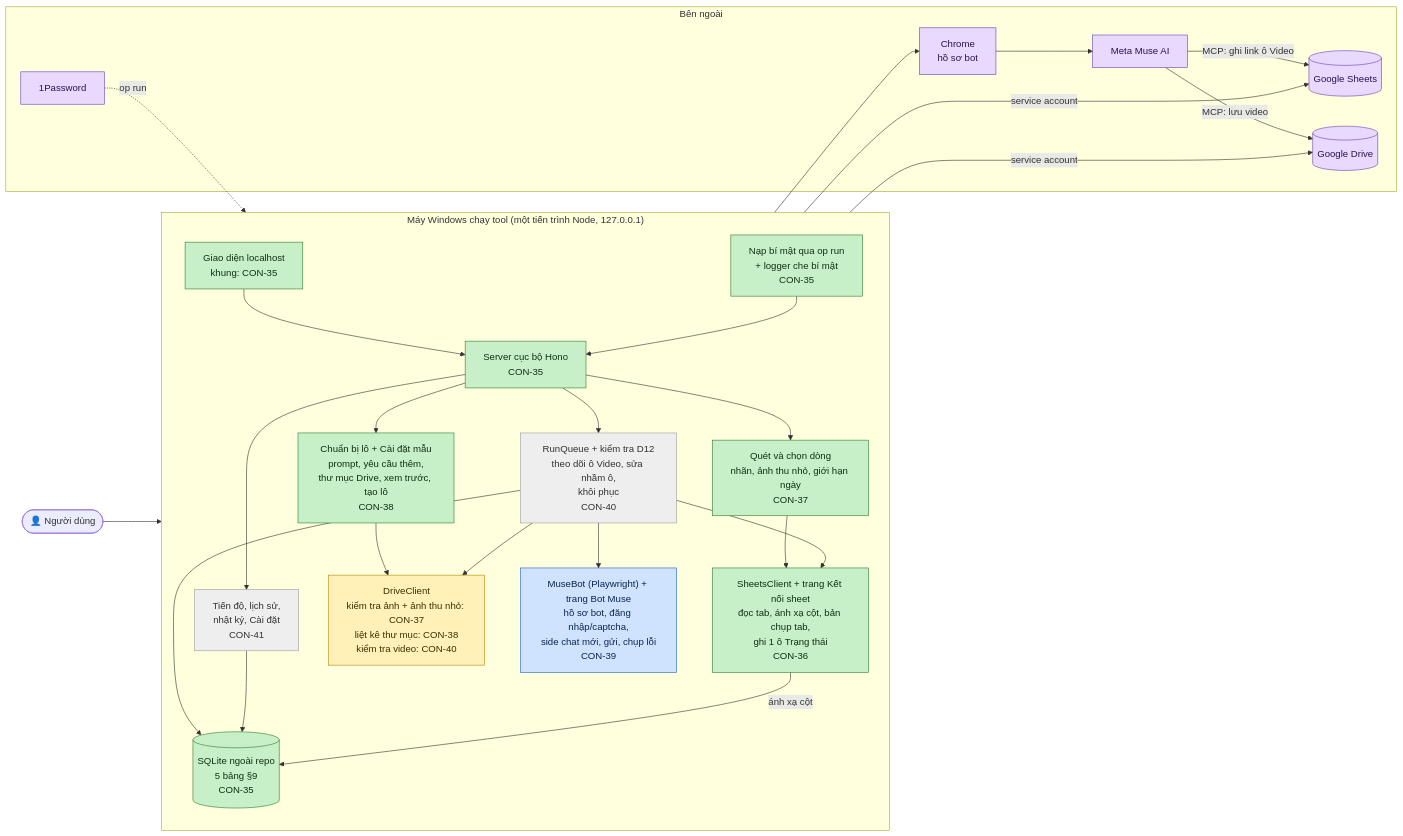
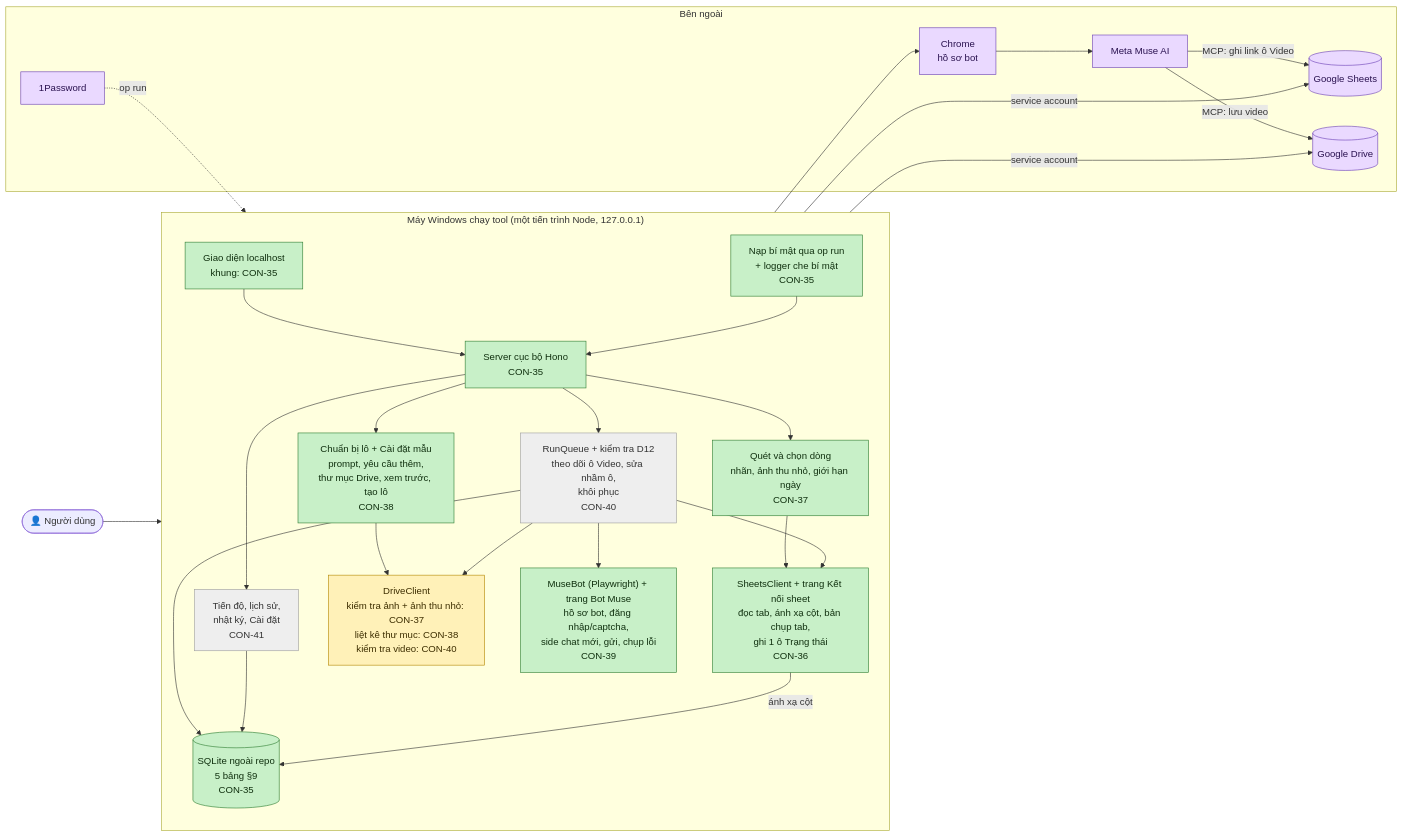
Before and after one commit to Bach1711/MASYS-VIDEO-GENERATOR: the diagram in TIEN-DO.md, drawn with Mermaid. The commit also changed other lines of this file and 1 other file, not shown here.

````diff
--- a/TIEN-DO.md
+++ b/TIEN-DO.md
@@ -17,56 +17,56 @@
 ```mermaid
 flowchart LR
     user(["👤 Người dùng"])
 
     subgraph PC["Máy Windows chạy tool (một tiến trình Node, 127.0.0.1)"]
         direction TB
         ui["Giao diện localhost<br/>khung: CON-35"]
         server["Server cục bộ Hono<br/>CON-35"]
         secrets["Nạp bí mật qua op run<br/>+ logger che bí mật<br/>CON-35"]
         db[("SQLite ngoài repo<br/>5 bảng §9<br/>CON-35")]
 
         sheet["SheetsClient + trang Kết nối sheet<br/>đọc tab, ánh xạ cột, bản chụp tab,<br/>ghi 1 ô Trạng thái<br/>CON-36"]
         scan["Quét và chọn dòng<br/>nhãn, ảnh thu nhỏ, giới hạn ngày<br/>CON-37"]
         editor["Chuẩn bị lô + Cài đặt mẫu<br/>prompt, yêu cầu thêm,<br/>thư mục Drive, xem trước, tạo lô<br/>CON-38"]
         bot["MuseBot (Playwright) + trang Bot Muse<br/>hồ sơ bot, đăng nhập/captcha,<br/>side chat mới, gửi, chụp lỗi<br/>CON-39"]
         queue["RunQueue + kiểm tra D12<br/>theo dõi ô Video, sửa nhầm ô,<br/>khôi phục<br/>CON-40"]
         drive["DriveClient<br/>kiểm tra ảnh + ảnh thu nhỏ: CON-37<br/>liệt kê thư mục: CON-38<br/>kiểm tra video: CON-40"]
         progress["Tiến độ, lịch sử,<br/>nhật ký, Cài đặt<br/>CON-41"]
     end
 
     subgraph EXT["Bên ngoài"]
         gsheets[("Google Sheets")]
         gdrive[("Google Drive")]
         chrome["Chrome<br/>hồ sơ bot"]
         muse["Meta Muse AI"]
         op["1Password"]
     end
 
     user --> ui --> server
     server --> scan & editor & progress
     scan --> sheet
     editor --> drive
     server --> queue
     queue --> sheet & drive & bot
     queue --> db
     progress --> db
     sheet -- "ánh xạ cột" --> db
     sheet -- "service account" --> gsheets
     drive -- "service account" --> gdrive
     bot --> chrome --> muse
     muse -- "MCP: lưu video" --> gdrive
     muse -- "MCP: ghi link ô Video" --> gsheets
     op -. "op run" .-> secrets --> server
 
     classDef done fill:#c8f0c8,stroke:#2e7d32,color:#10300f
     classDef review fill:#cfe3ff,stroke:#1f5fbf,color:#0c2550
     classDef doing fill:#fff1b8,stroke:#b38600,color:#3d2e00
     classDef todo fill:#eeeeee,stroke:#9e9e9e,color:#333333
     classDef ext fill:#ead9ff,stroke:#6a3fb5,color:#2a1250
 
     class ui,server,secrets,db,sheet,scan,editor done
     class drive doing
-    class bot review
+    class bot done
     class queue,progress todo
     class gsheets,gdrive,chrome,muse,op ext
 ```
````
